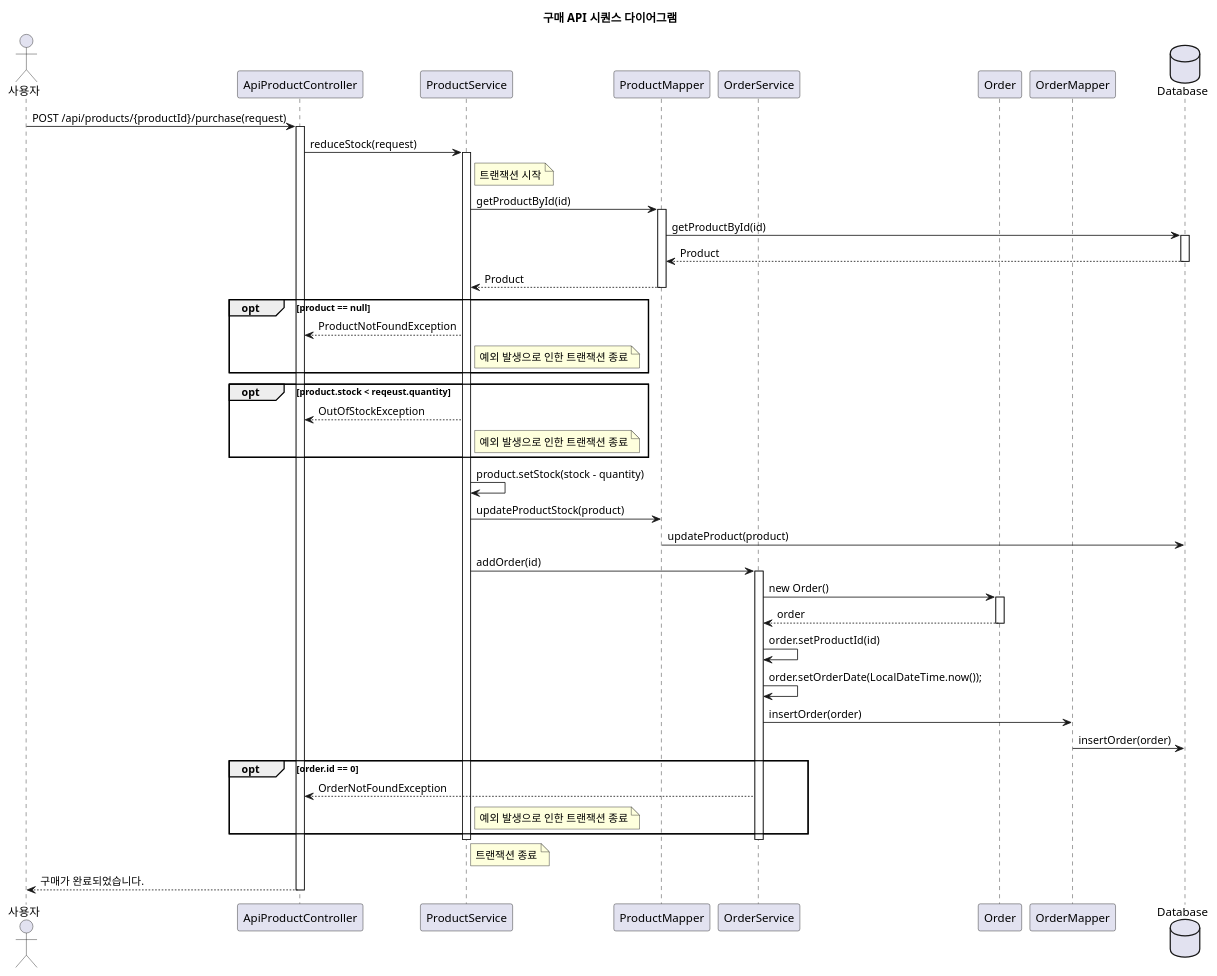
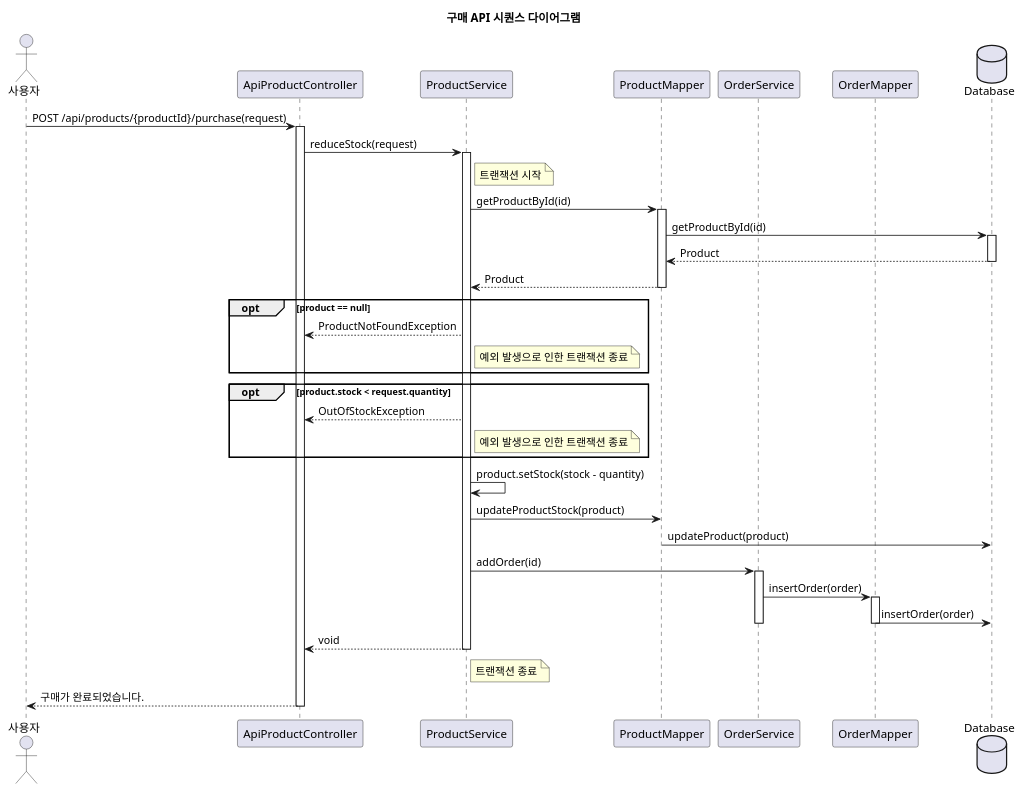
One commit to siljae/shoppingmall changed the diagram in docs/diagrams/Order.puml. Above: the diagram before and after it, drawn with PlantUML. The commit also changed 6 other files, not shown here.

```diff
--- a/docs/diagrams/Order.puml
+++ b/docs/diagrams/Order.puml
@@ -1,65 +1,55 @@
 @startuml
 title 구매 API 시퀀스 다이어그램
 
 actor 사용자 as User
 participant "ApiProductController" as Controller
 participant "ProductService" as ProductService
 participant "ProductMapper" as ProductMapper
 participant "OrderService" as OrderService
-participant "Order" as Order
 participant "OrderMapper" as OrderMapper
 database "Database" as DB
 
 
 User -> Controller : POST /api/products/{productId}/purchase(request)
 activate Controller
 
 Controller -> ProductService : reduceStock(request)
 activate ProductService
 
 note right of ProductService : 트랜잭션 시작
     ProductService -> ProductMapper : getProductById(id)
     activate ProductMapper
         ProductMapper -> DB : getProductById(id)
         activate DB
         DB --> ProductMapper : Product
         deactivate DB
     ProductMapper --> ProductService : Product
     deactivate ProductMapper
 
     opt product == null
     ProductService --> Controller : ProductNotFoundException
     note right of ProductService : 예외 발생으로 인한 트랜잭션 종료
     end
-    opt product.stock < reqeust.quantity
+    opt product.stock < request.quantity
     ProductService --> Controller : OutOfStockException
     note right of ProductService : 예외 발생으로 인한 트랜잭션 종료
     end
 
     ProductService -> ProductService : product.setStock(stock - quantity)
     ProductService -> ProductMapper : updateProductStock(product)
     ProductMapper -> DB : updateProduct(product)
     ProductService -> OrderService : addOrder(id)
     activate OrderService
-        OrderService -> Order : new Order()
-        activate Order
-        Order --> OrderService : order
-        deactivate Order
-        OrderService -> OrderService : order.setProductId(id)
-        OrderService -> OrderService : order.setOrderDate(LocalDateTime.now());
-        deactivate Order
     OrderService -> OrderMapper : insertOrder(order)
+    activate OrderMapper
     OrderMapper -> DB : insertOrder(order)
-
-    opt order.id == 0
-    OrderService --> Controller : OrderNotFoundException
-    note right of ProductService : 예외 발생으로 인한 트랜잭션 종료
-    end
+    deactivate OrderMapper
     deactivate OrderService
+    ProductService --> Controller : void
     deactivate ProductService
     note right of ProductService : 트랜잭션 종료
 
 Controller --> User : 구매가 완료되었습니다.
 deactivate Controller
 
 @enduml
```
